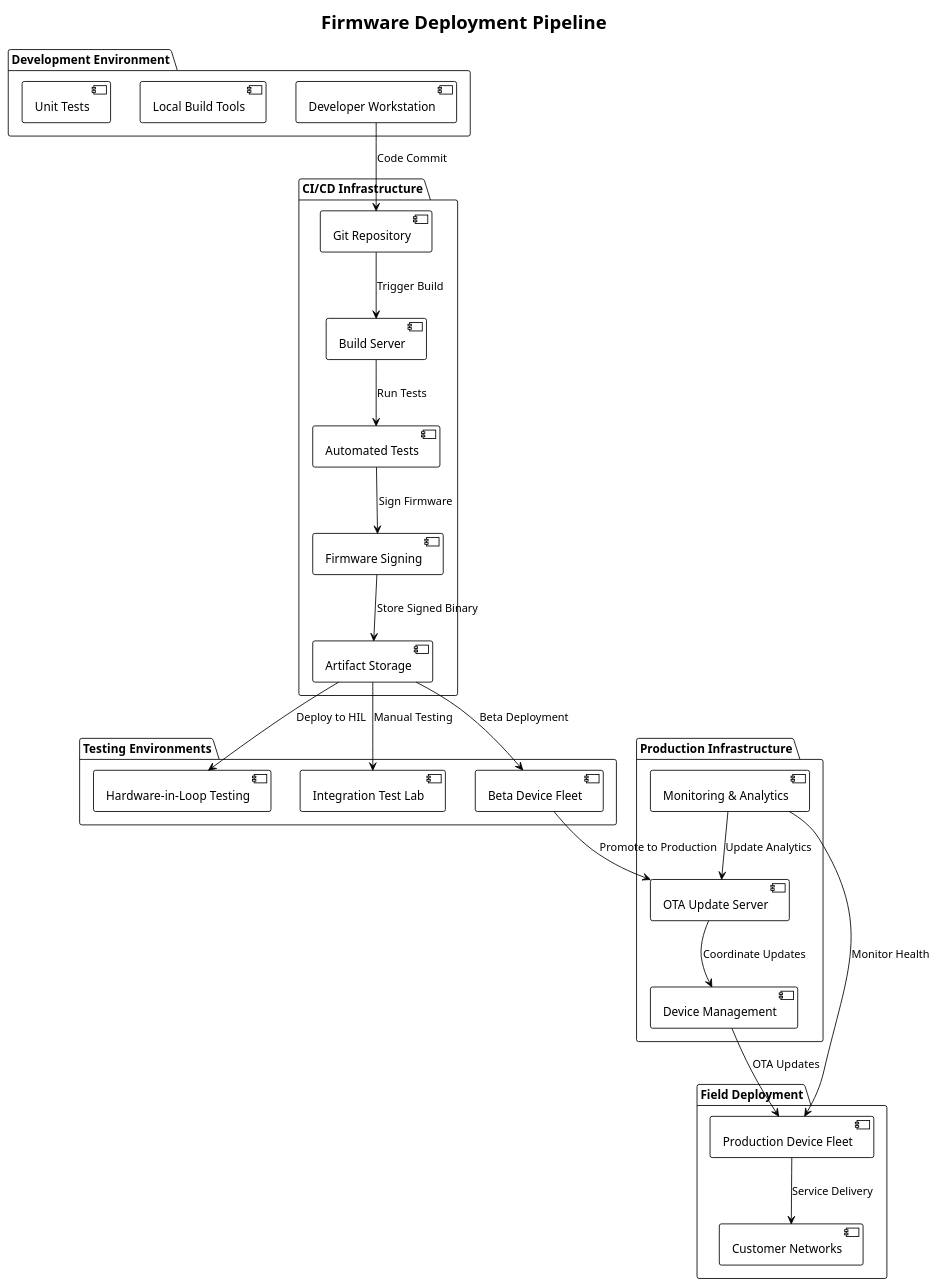
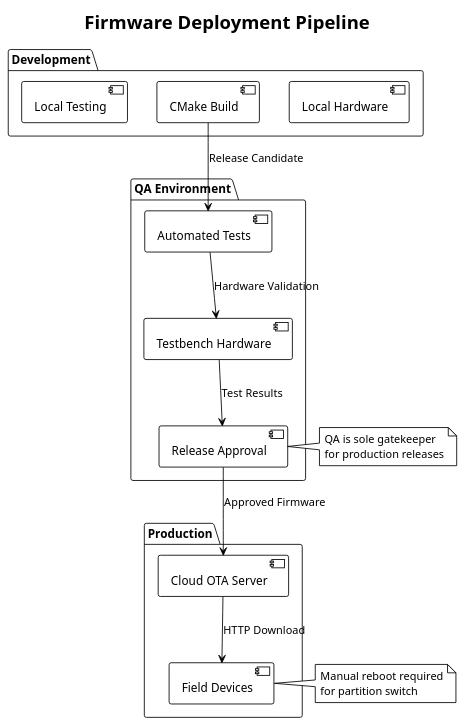
Before and after one commit to haxorsebb/UART2ETH: the first of 4 diagrams in docs/arc42/src/07_deployment_view.adoc, drawn with PlantUML. The commit also changed other lines of this file, not shown here.

First line of the commit message:
Implement arc42 Chapter 7: Deployment View for UART2ETH firmware pipeline

```diff
--- a/docs/arc42/src/07_deployment_view.adoc
+++ b/docs/arc42/src/07_deployment_view.adoc
@@ -45,59 +39,36 @@
-[plantuml, firmware-deployment-pipeline, svg]
+[plantuml, deployment-environments, svg]
 ----
 @startuml
 !theme plain
 skinparam backgroundColor transparent
 
 title Firmware Deployment Pipeline
 
-package "Development Environment" {
-  [Developer Workstation] as dev
-  [Local Build Tools] as localtools
-  [Unit Tests] as unittest
+package "Development" {
+  [Local Hardware] as dev_hw
+  [CMake Build] as build
+  [Local Testing] as dev_test
 }
 
-package "CI/CD Infrastructure" {
-  [Git Repository] as git
-  [Build Server] as buildserver
-  [Automated Tests] as autotests
-  [Firmware Signing] as signing
-  [Artifact Storage] as artifacts
+package "QA Environment" {
+  [Testbench Hardware] as qa_hw
+  [Automated Tests] as qa_test
+  [Release Approval] as qa_approve
 }
 
-package "Testing Environments" {
-  [Hardware-in-Loop Testing] as hil
-  [Integration Test Lab] as testlab
-  [Beta Device Fleet] as beta
+package "Production" {
+  [Cloud OTA Server] as ota_server
+  [Field Devices] as field_devices
 }
 
-package "Production Infrastructure" {
-  [OTA Update Server] as otaserver
-  [Device Management] as devicemgmt
-  [Monitoring & Analytics] as monitoring
-}
+build --> qa_test : "Release Candidate"
+qa_test --> qa_hw : "Hardware Validation"
+qa_hw --> qa_approve : "Test Results"
+qa_approve --> ota_server : "Approved Firmware"
+ota_server --> field_devices : "HTTP Download"
 
-package "Field Deployment" {
-  [Production Device Fleet] as prodfleet
-  [Customer Networks] as customer
-}
-
-dev --> git : "Code Commit"
-git --> buildserver : "Trigger Build"
-buildserver --> autotests : "Run Tests"
-autotests --> signing : "Sign Firmware"
-signing --> artifacts : "Store Signed Binary"
-
-artifacts --> hil : "Deploy to HIL"
-artifacts --> testlab : "Manual Testing"
-artifacts --> beta : "Beta Deployment"
-
-beta --> otaserver : "Promote to Production"
-otaserver --> devicemgmt : "Coordinate Updates"
-devicemgmt --> prodfleet : "OTA Updates"
-prodfleet --> customer : "Service Delivery"
-
-monitoring --> prodfleet : "Monitor Health"
-monitoring --> otaserver : "Update Analytics"
+note right of qa_approve : QA is sole gatekeeper\nfor production releases
+note right of field_devices : Manual reboot required\nfor partition switch
 
 @enduml
 ----
```
